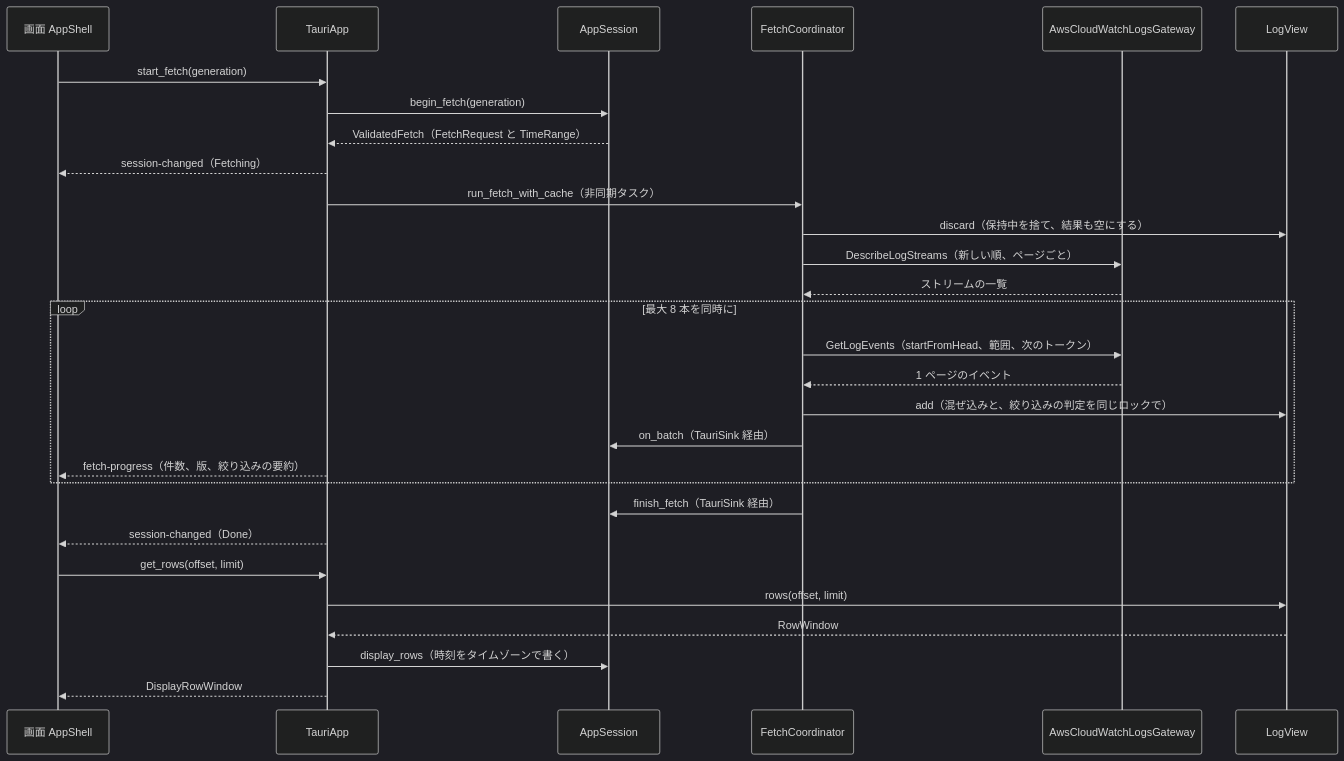
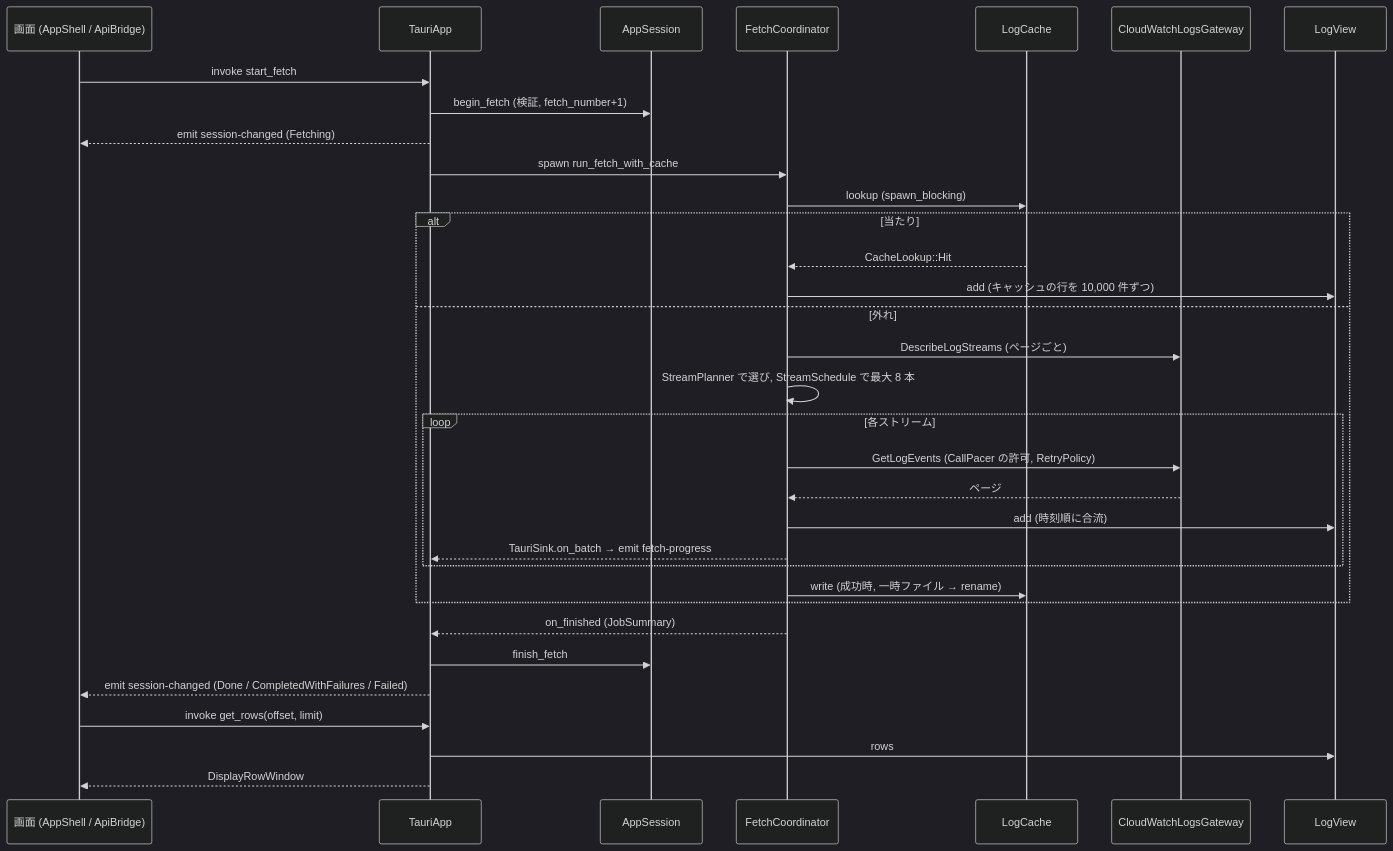
The second of 6 diagrams in aidlc/spaces/default/codekb/local-sights/architecture.md (kdnakt/local-sights), drawn with Mermaid (dark theme) before and after one commit. The commit also changed other lines of this file and 78 other files, not shown here.

````diff
--- a/aidlc/spaces/default/codekb/local-sights/architecture.md
+++ b/aidlc/spaces/default/codekb/local-sights/architecture.md
@@ -133,31 +113,35 @@
 ```mermaid
 sequenceDiagram
-  participant UI as 画面 AppShell
-  participant App as TauriApp
-  participant S as AppSession
+  participant S as 画面 (AppShell / ApiBridge)
+  participant T as TauriApp
+  participant A as AppSession
   participant C as FetchCoordinator
-  participant G as AwsCloudWatchLogsGateway
+  participant K as LogCache
+  participant G as CloudWatchLogsGateway
   participant V as LogView
-  UI->>App: start_fetch(generation)
-  App->>S: begin_fetch(generation)
-  S-->>App: ValidatedFetch（FetchRequest と TimeRange）
-  App-->>UI: session-changed（Fetching）
-  App->>C: run_fetch_with_cache（非同期タスク）
-  C->>V: discard（保持中を捨て、結果も空にする）
-  C->>G: DescribeLogStreams（新しい順、ページごと）
-  G-->>C: ストリームの一覧
-  loop 最大 8 本を同時に
-    C->>G: GetLogEvents（startFromHead、範囲、次のトークン）
-    G-->>C: 1 ページのイベント
-    C->>V: add（混ぜ込みと、絞り込みの判定を同じロックで）
-    C->>S: on_batch（TauriSink 経由）
-    App-->>UI: fetch-progress（件数、版、絞り込みの要約）
+  S->>T: invoke start_fetch
+  T->>A: begin_fetch (検証, fetch_number+1)
+  T-->>S: emit session-changed (Fetching)
+  T->>C: spawn run_fetch_with_cache
+  C->>K: lookup (spawn_blocking)
+  alt 当たり
+    K-->>C: CacheLookup::Hit
+    C->>V: add (キャッシュの行を 10,000 件ずつ)
+  else 外れ
+    C->>G: DescribeLogStreams (ページごと)
+    C->>C: StreamPlanner で選び, StreamSchedule で最大 8 本
+    loop 各ストリーム
+      C->>G: GetLogEvents (CallPacer の許可, RetryPolicy)
+      G-->>C: ページ
+      C->>V: add (時刻順に合流)
+      C-->>T: TauriSink.on_batch → emit fetch-progress
+    end
+    C->>K: write (成功時, 一時ファイル → rename)
   end
-  C->>S: finish_fetch（TauriSink 経由）
-  App-->>UI: session-changed（Done）
-  UI->>App: get_rows(offset, limit)
-  App->>V: rows(offset, limit)
-  V-->>App: RowWindow
-  App->>S: display_rows（時刻をタイムゾーンで書く）
-  App-->>UI: DisplayRowWindow
+  C-->>T: on_finished (JobSummary)
+  T->>A: finish_fetch
+  T-->>S: emit session-changed (Done / CompletedWithFailures / Failed)
+  S->>T: invoke get_rows(offset, limit)
+  T->>V: rows
+  T-->>S: DisplayRowWindow
 ```
````
